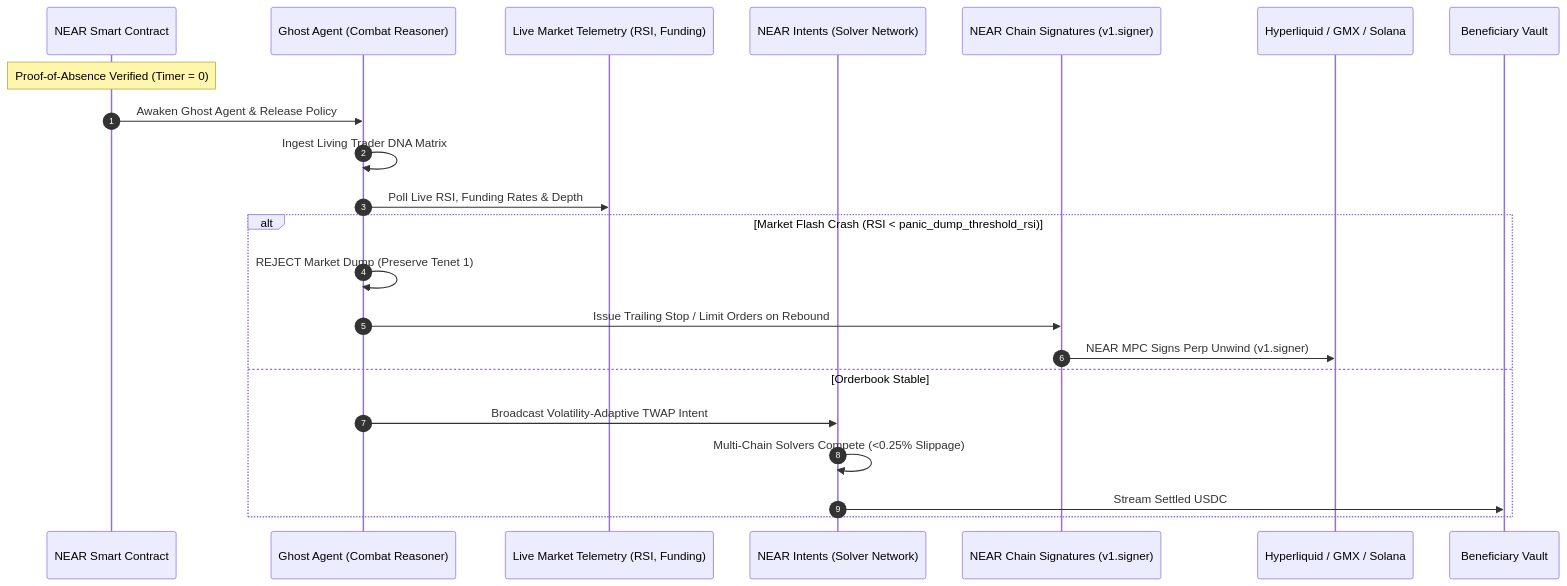
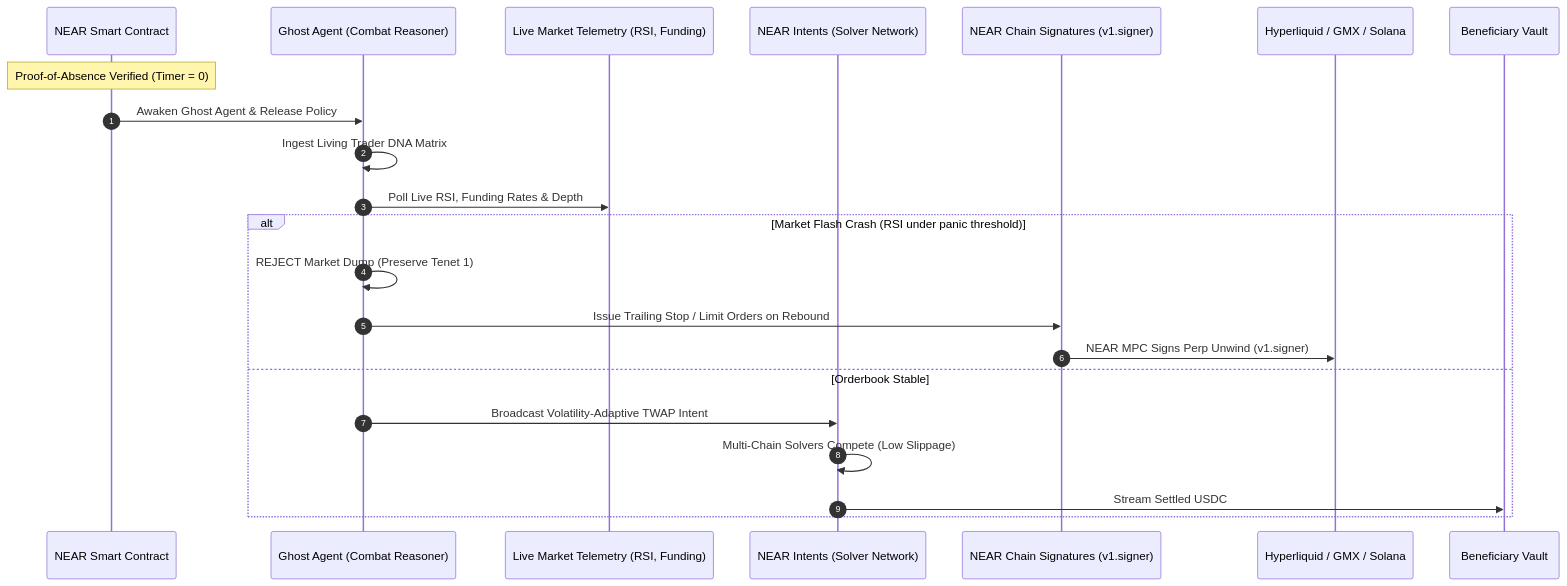
The second of 2 diagrams in README.md (ashfakcodes/GhostProtocol), drawn with Mermaid before and after one commit. The commit also changed other lines of this file, not shown here.

Commit message:
fix: sanitize mermaid diagrams for GitHub markdown renderer

````diff
--- a/README.md
+++ b/README.md
@@ -178,25 +178,25 @@
 ```mermaid
 sequenceDiagram
     autonumber
     participant Contract as NEAR Smart Contract
     participant Agent as Ghost Agent (Combat Reasoner)
     participant Feed as Live Market Telemetry (RSI, Funding)
     participant IntentBus as NEAR Intents (Solver Network)
     participant MPC as NEAR Chain Signatures (v1.signer)
     participant Perp as Hyperliquid / GMX / Solana
     participant Heir as Beneficiary Vault
 
     Note over Contract: Proof-of-Absence Verified (Timer = 0)
     Contract->>Agent: Awaken Ghost Agent & Release Policy
     Agent->>Agent: Ingest Living Trader DNA Matrix
     Agent->>Feed: Poll Live RSI, Funding Rates & Depth
-    alt Market Flash Crash (RSI < panic_dump_threshold_rsi)
+    alt Market Flash Crash (RSI under panic threshold)
         Agent->>Agent: REJECT Market Dump (Preserve Tenet 1)
         Agent->>MPC: Issue Trailing Stop / Limit Orders on Rebound
         MPC->>Perp: NEAR MPC Signs Perp Unwind (v1.signer)
     else Orderbook Stable
         Agent->>IntentBus: Broadcast Volatility-Adaptive TWAP Intent
-        IntentBus->>IntentBus: Multi-Chain Solvers Compete (<0.25% Slippage)
+        IntentBus->>IntentBus: Multi-Chain Solvers Compete (Low Slippage)
         IntentBus->>Heir: Stream Settled USDC
     end
 ```
````
